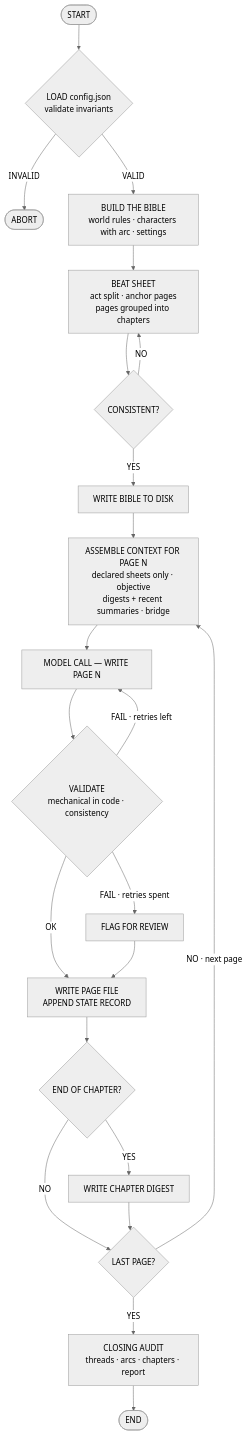
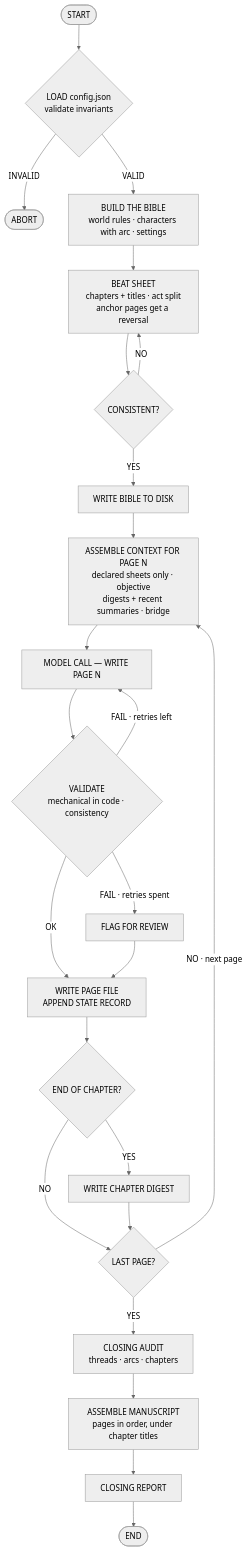
The fourth of 4 diagrams in functional_specification_story_agent.md (Asieribarz/my-story-marker), drawn with Mermaid (neutral theme) before and after one commit. The commit also changed other lines of this file and 2 other files, not shown here.

````diff
--- a/functional_specification_story_agent.md
+++ b/functional_specification_story_agent.md
@@ -349,24 +388,26 @@
 ```mermaid
 flowchart TD
     INI([START]) --> CFG{"LOAD config.json<br/>validate invariants"}
     CFG -- INVALID --> ABORT([ABORT])
     CFG -- VALID --> GEN["BUILD THE BIBLE<br/>world rules · characters with arc · settings"]
-    GEN --> SEP["BEAT SHEET<br/>act split · anchor pages<br/>pages grouped into chapters"]
+    GEN --> SEP["BEAT SHEET<br/>chapters + titles · act split<br/>anchor pages get a reversal"]
     SEP --> GATE{"CONSISTENT?"}
     GATE -- NO --> SEP
     GATE -- YES --> DISK["WRITE BIBLE TO DISK"]
     DISK --> CTX["ASSEMBLE CONTEXT FOR PAGE N<br/>declared sheets only · objective<br/>digests + recent summaries · bridge"]
     CTX --> ESC["MODEL CALL — WRITE PAGE N"]
     ESC --> VAL{"VALIDATE<br/>mechanical in code · consistency"}
     VAL -- "FAIL · retries left" --> ESC
     VAL -- "FAIL · retries spent" --> FLAG["FLAG FOR REVIEW"]
     VAL -- OK --> SAVE
     FLAG --> SAVE["WRITE PAGE FILE<br/>APPEND STATE RECORD"]
     SAVE --> CH{"END OF CHAPTER?"}
     CH -- YES --> DIG["WRITE CHAPTER DIGEST"]
     CH -- NO --> DEC
     DIG --> DEC{"LAST PAGE?"}
     DEC -- "NO · next page" --> CTX
-    DEC -- YES --> FINAL["CLOSING AUDIT<br/>threads · arcs · chapters · report"]
-    FINAL --> FIN([END])
+    DEC -- YES --> FINAL["CLOSING AUDIT<br/>threads · arcs · chapters"]
+    FINAL --> MAN["ASSEMBLE MANUSCRIPT<br/>pages in order, under chapter titles"]
+    MAN --> REP["CLOSING REPORT"]
+    REP --> FIN([END])
 ```
````
